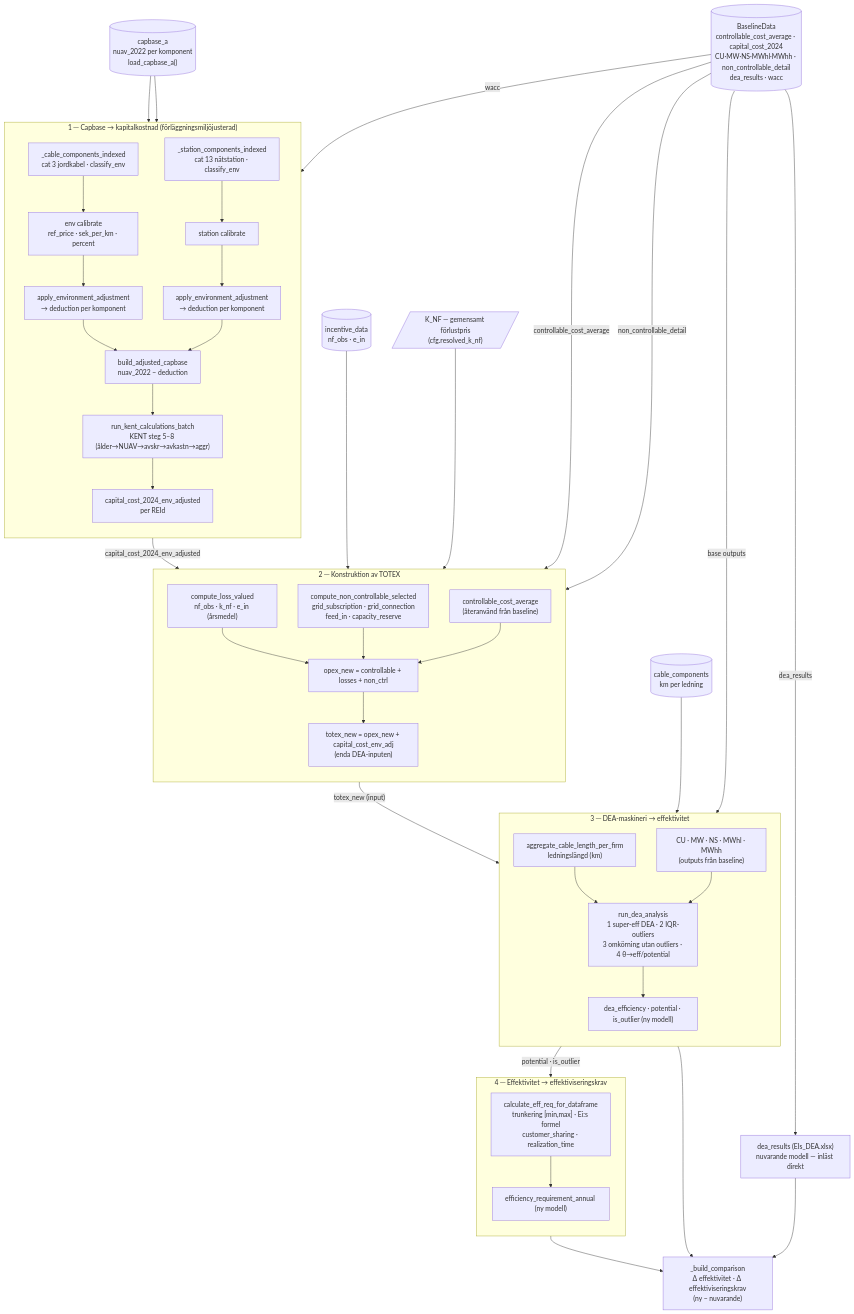
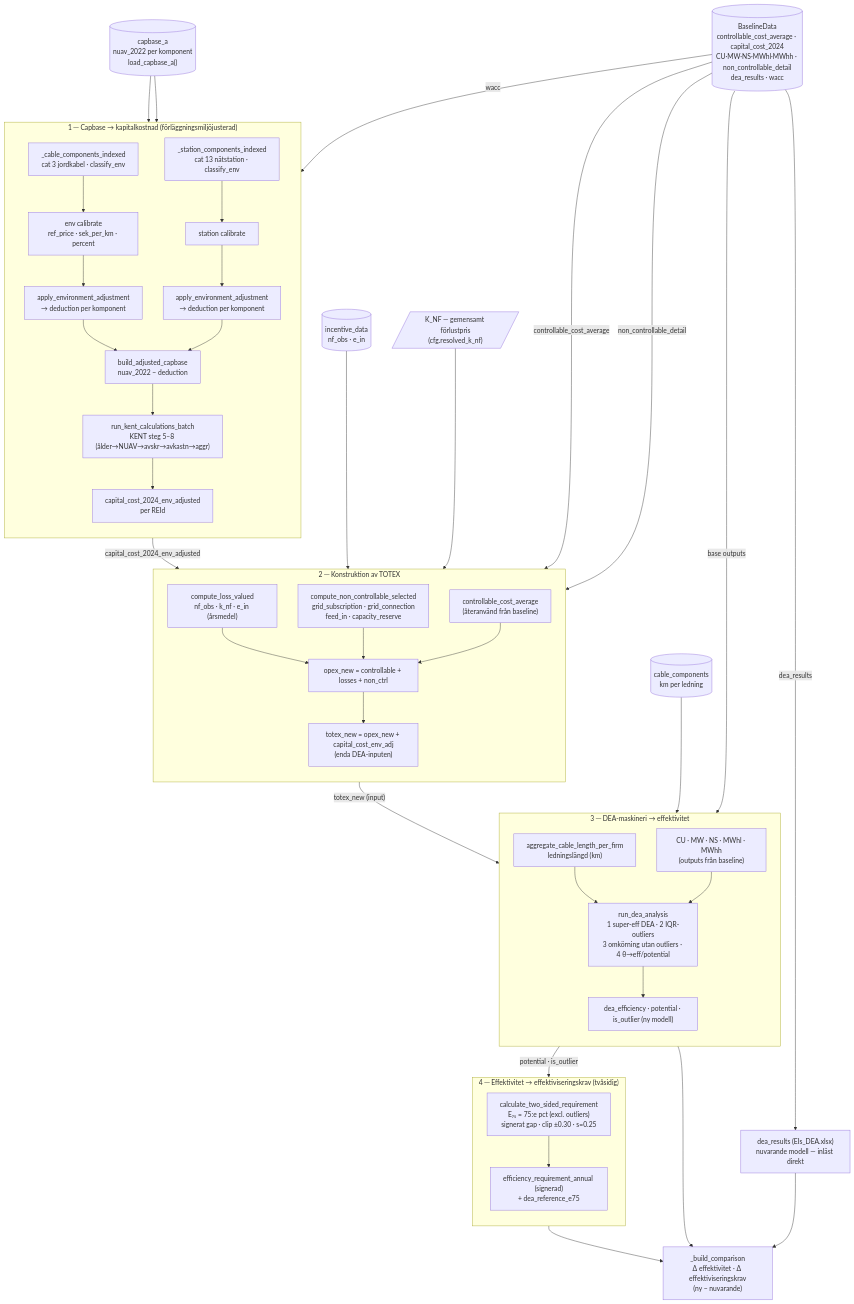
One commit to magnebjorneholm/dashboard_lokalnat changed the diagram in new_benchmarking_model/dependency_graph.md. Above: the diagram before and after it, drawn with Mermaid. The commit also changed other lines of this file and 13 other files, not shown here.

First line of the commit message:
New benchmarking: two-sided third-quartile efficiency mechanic (page 5)

```diff
--- a/new_benchmarking_model/dependency_graph.md
+++ b/new_benchmarking_model/dependency_graph.md
@@ -117,10 +117,10 @@
     end
 
     %% ── STEG 4: Effektivitet → krav ────────────────────────────
-    subgraph S4["4 ─ Effektivitet → effektiviseringskrav"]
+    subgraph S4["4 ─ Effektivitet → effektiviseringskrav (tvåsidig)"]
         direction TB
-        eff_req_calc["calculate_eff_req_for_dataframe<br/>trunkering [min,max] · Ei:s formel<br/>customer_sharing · realization_time"]
-        eff_req_annual["efficiency_requirement_annual (ny modell)"]
+        eff_req_calc["calculate_two_sided_requirement<br/>E₇₅ = 75:e pct (excl. outliers)<br/>signerat gap · clip ±0.30 · s=0.25"]
+        eff_req_annual["efficiency_requirement_annual (signerad)<br/>+ dea_reference_e75"]
     end
 
     %% ── Nuvarande modell + jämförelse ──────────────────────────
```
